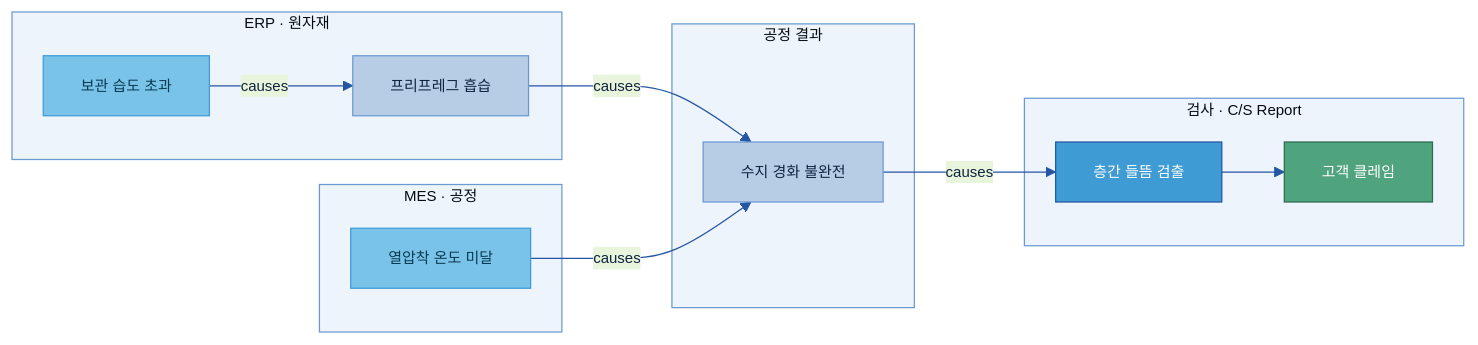
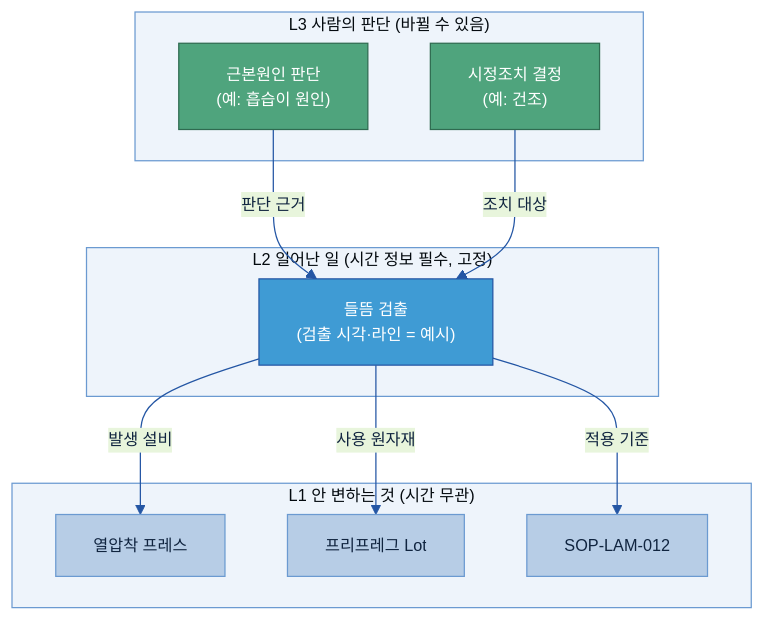
One commit to jin-kearney/ai-ready-data-manual changed the second of 7 diagrams in 가이드 작성/B-3 온톨로지/B-3 온톨로지.md. Above: the diagram before and after it, drawn with Mermaid. The commit also changed other lines of this file and 5 other files, not shown here.

````diff
--- a/가이드 작성/B-3 온톨로지/B-3 온톨로지.md
+++ b/가이드 작성/B-3 온톨로지/B-3 온톨로지.md
@@ -185,25 +177,24 @@
 ```mermaid
-%%{init: {'theme':'base','themeVariables':{'primaryColor':'#DCE8F5','primaryBorderColor':'#2456A4','primaryTextColor':'#10243f','lineColor':'#2456A4','clusterBkg':'#EEF4FB','clusterBorder':'#6B9AD1','fontSize':'12px'}}}%%
-flowchart LR
-    subgraph ERP["ERP · 원자재"]
-        H["보관 습도 초과"]:::src
-        AB["프리프레그 흡습"]:::n
+%%{init: {'theme':'base','themeVariables':{'primaryColor':'#DCE8F5','primaryBorderColor':'#2456A4','primaryTextColor':'#10243f','lineColor':'#2456A4','clusterBkg':'#EEF4FB','clusterBorder':'#6B9AD1','fontSize':'13px'}}}%%
+flowchart TB
+    subgraph L3["L3 사람의 판단 (바뀔 수 있음)"]
+        CA["근본원인 판단\n(예: 흡습이 원인)"]:::loop
+        ACT["시정조치 결정\n(예: 건조)"]:::loop
     end
-    subgraph MES["MES · 공정"]
-        T["열압착 온도 미달"]:::src
+    subgraph L2["L2 일어난 일 (시간 정보 필수, 고정)"]
+        EV["들뜸 검출\n(검출 시각·라인 = 예시)"]:::gate
     end
-    subgraph RES["공정 결과"]
-        R["수지 경화 불완전"]:::n
+    subgraph L1["L1 안 변하는 것 (시간 무관)"]
+        EQ["열압착 프레스"]:::n
+        MAT["프리프레그 Lot"]:::n
+        SOP["SOP-LAM-012"]:::n
     end
-    subgraph QC["검사 · C/S Report"]
-        DL["층간 들뜸 검출"]:::gate
-        CL["고객 클레임"]:::loop
-    end
-    H -->|causes| AB -->|causes| R
-    T -->|causes| R
-    R -->|causes| DL --> CL
-    classDef src fill:#79C3E8,stroke:#3F9BD4,color:#0b3a52;
+    CA -->|"판단 근거"| EV
+    ACT -->|"조치 대상"| EV
+    EV -->|"발생 설비"| EQ
+    EV -->|"사용 원자재"| MAT
+    EV -->|"적용 기준"| SOP
     classDef n fill:#B7CDE6,stroke:#6B9AD1,color:#10243f;
     classDef gate fill:#3F9BD4,stroke:#2456A4,color:#fff;
     classDef loop fill:#4FA47D,stroke:#2f6b50,color:#fff;
 ```
````
